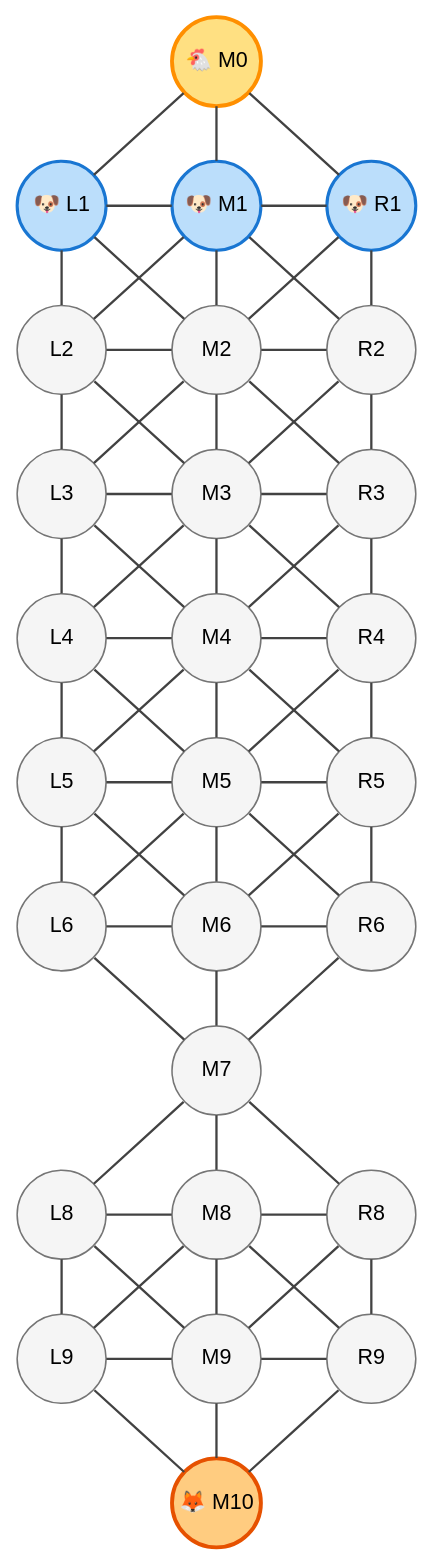
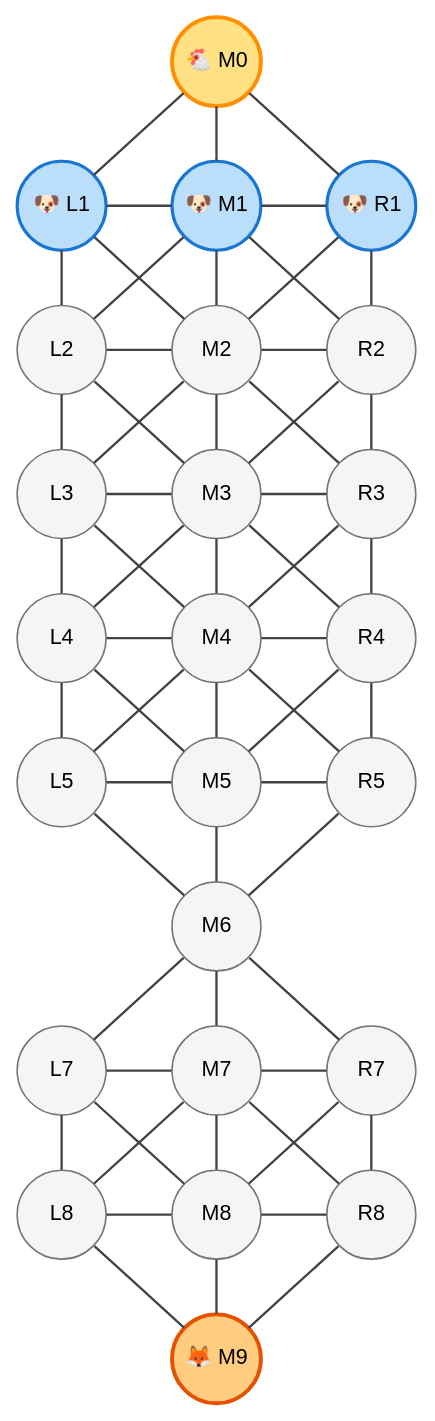
The diagram in README.md (denisglotov/fox-and-hounds), drawn with Graphviz before and after one commit. The commit also changed other lines of this file and 6 other files, not shown here.

First line of the commit message:
fix(board): align graph rows with board image and remove 6th row

````diff
--- a/README.md
+++ b/README.md
@@ -66,52 +66,49 @@
 ```dot
 graph FoxAndHounds {
     layout=dot;
     rankdir=TB;
     nodesep=0.6;
     ranksep=0.5;
 
     node [shape=circle, style=filled, fillcolor="#f5f5f5", color="#757575", fontname="Helvetica", width=0.8, fixedsize=true];
     edge [color="#424242", penwidth=1.5];
 
     // Explicit Horizontal Rank Alignment
     { rank=same; M0 [label="🐔 M0", fillcolor="#ffe082", color="#ff8f00", penwidth=2.5]; }
     { rank=same; L1 [label="🐶 L1", fillcolor="#bbdefb", color="#1976d2", penwidth=2.0]; M1 [label="🐶 M1", fillcolor="#bbdefb", color="#1976d2", penwidth=2.0]; R1 [label="🐶 R1", fillcolor="#bbdefb", color="#1976d2", penwidth=2.0]; }
     { rank=same; L2; M2; R2; }
     { rank=same; L3; M3; R3; }
     { rank=same; L4; M4; R4; }
     { rank=same; L5; M5; R5; }
-    { rank=same; L6; M6; R6; }
-    { rank=same; M7 [label="M7"]; }
+    { rank=same; M6 [label="M6"]; }
+    { rank=same; L7; M7; R7; }
     { rank=same; L8; M8; R8; }
-    { rank=same; L9; M9; R9; }
-    { rank=same; M10 [label="🦊 M10", fillcolor="#ffcc80", color="#e65100", penwidth=2.5]; }
+    { rank=same; M9 [label="🦊 M9", fillcolor="#ffcc80", color="#e65100", penwidth=2.5]; }
 
     // Row 0 <-> Row 1
     M0 -- {L1; M1; R1};
 
     // Horizontal Row Edges
     L1 -- M1 -- R1;
     L2 -- M2 -- R2;
     L3 -- M3 -- R3;
     L4 -- M4 -- R4;
     L5 -- M5 -- R5;
-    L6 -- M6 -- R6;
+    L7 -- M7 -- R7;
     L8 -- M8 -- R8;
-    L9 -- M9 -- R9;
 
-    // Symmetric North Field Edges (Rows 1 to 6)
+    // Symmetric North Field Edges (Rows 1 to 5)
     L1 -- {L2; M2};  M1 -- {L2; M2; R2};  R1 -- {M2; R2};
     L2 -- {L3; M3};  M2 -- {L3; M3; R3};  R2 -- {M3; R3};
     L3 -- {L4; M4};  M3 -- {L4; M4; R4};  R3 -- {M4; R4};
     L4 -- {L5; M5};  M4 -- {L5; M5; R5};  R4 -- {M5; R5};
-    L5 -- {L6; M6};  M5 -- {L6; M6; R6};  R5 -- {M6; R6};
 
-    // Bottleneck River Bridge (Row 6 <-> Row 7 <-> Row 8)
-    {L6; M6; R6} -- M7;
-    M7 -- {L8; M8; R8};
+    // Bottleneck River Bridge (Row 5 <-> Row 6 <-> Row 7)
+    {L5; M5; R5} -- M6;
+    M6 -- {L7; M7; R7};
 
-    // Symmetric South Field Edges (Rows 8 to 10)
-    L8 -- {L9; M9};  M8 -- {L9; M9; R9};  R8 -- {M9; R9};
-    {L9; M9; R9} -- M10;
+    // Symmetric South Field Edges (Rows 7 to 9)
+    L7 -- {L8; M8};  M7 -- {L8; M8; R8};  R7 -- {M8; R8};
+    {L8; M8; R8} -- M9;
 }
 ```
````
